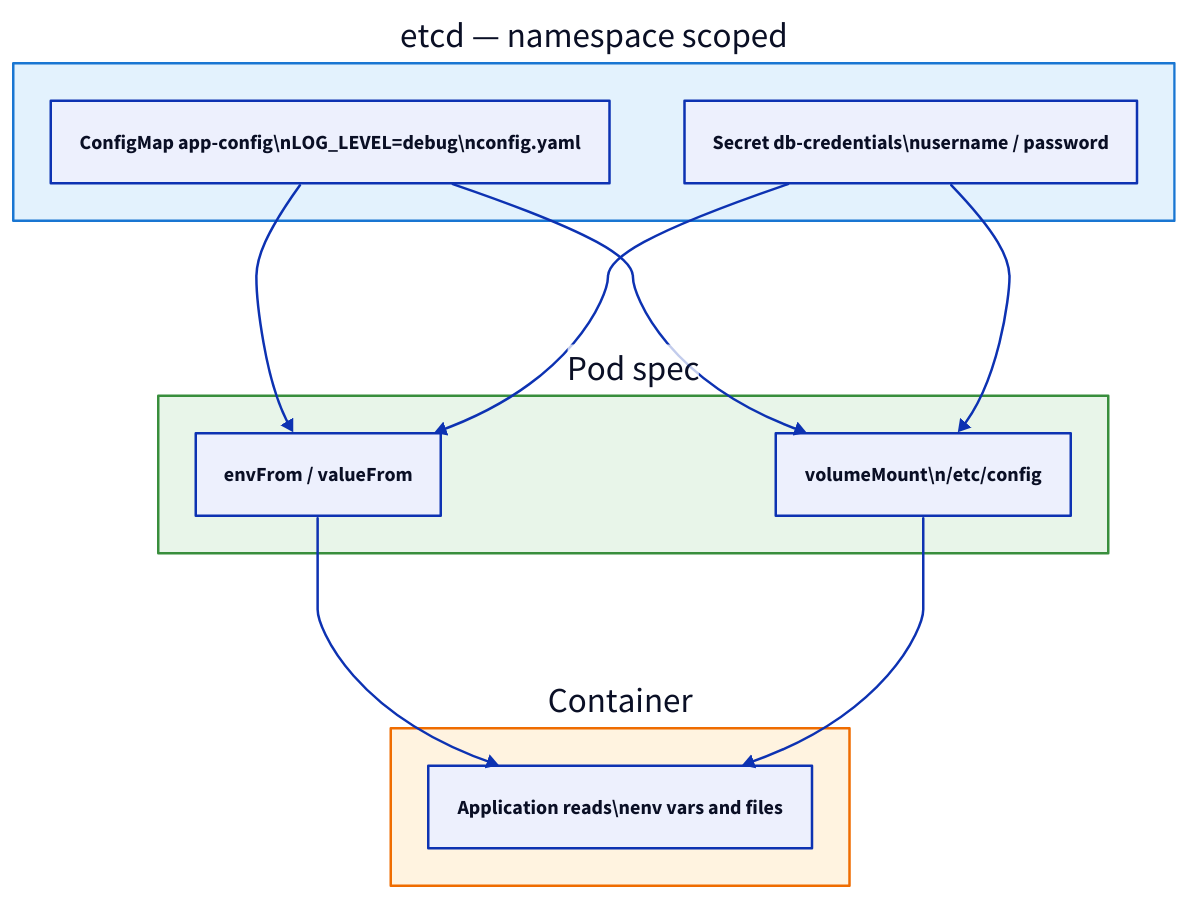
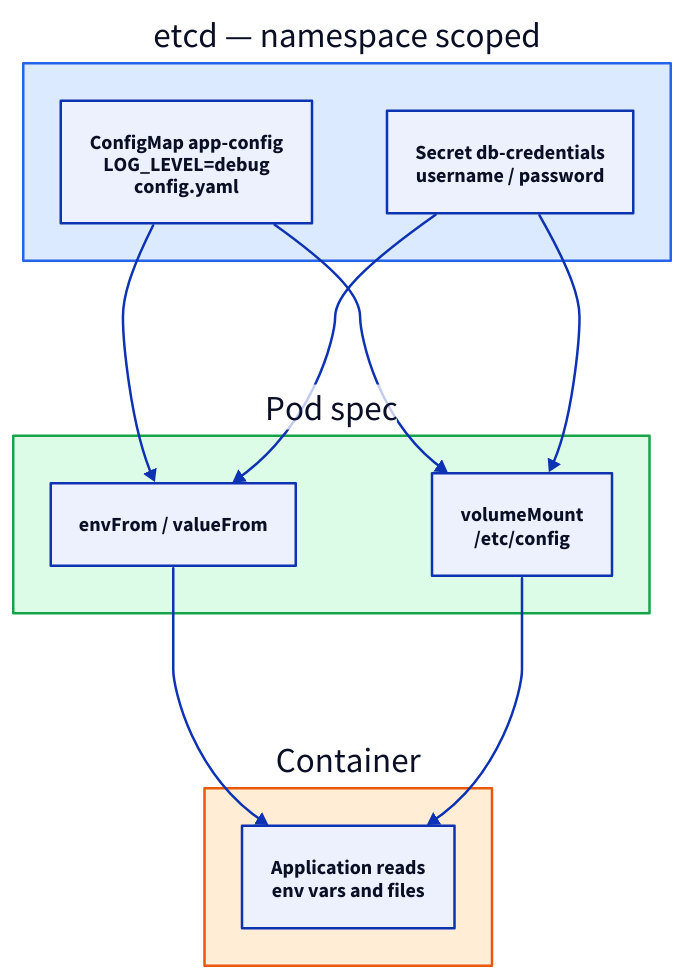
Before and after one commit to rebash-rebash/rebash-academy: the diagram in docs/kubernetes/configmaps-and-secrets.md, drawn with D2. The commit also changed 177 other files, not shown here.

First line of the commit message:
Ship Terraform track, diagram polish, and new brand favicon.

````diff
--- a/docs/kubernetes/configmaps-and-secrets.md
+++ b/docs/kubernetes/configmaps-and-secrets.md
@@ -55,33 +55,33 @@
 ```d2
 direction: down
 
 Store: "etcd — namespace scoped" {
       style: {
-        fill: "#e3f2fd"
-        stroke: "#1976d2"
+        fill: "#dbeafe"
+        stroke: "#2563eb"
       }
-        CM: "ConfigMap app-config\\nLOG_LEVEL=debug\\nconfig.yaml"
-        SEC: "Secret db-credentials\\nusername / password"
+        CM: "ConfigMap app-config\nLOG_LEVEL=debug\nconfig.yaml"
+        SEC: "Secret db-credentials\nusername / password"
     }
     Pod: "Pod spec" {
       style: {
-        fill: "#e8f5e9"
-        stroke: "#388e3c"
+        fill: "#dcfce7"
+        stroke: "#16a34a"
       }
         ENV: "envFrom / valueFrom"
-        VOL: "volumeMount\\n/etc/config"
+        VOL: "volumeMount\n/etc/config"
     }
     Container: Container {
       style: {
-        fill: "#fff3e0"
-        stroke: "#ef6c00"
+        fill: "#ffedd5"
+        stroke: "#ea580c"
       }
-        APP: "Application reads\\nenv vars and files"
+        APP: "Application reads\nenv vars and files"
     }
     Store.CM -> Pod.ENV
     Store.CM -> Pod.VOL
     Store.SEC -> Pod.ENV
     Store.SEC -> Pod.VOL
     Pod.ENV -> Container.APP
     Pod.VOL -> Container.APP
 ```
````
